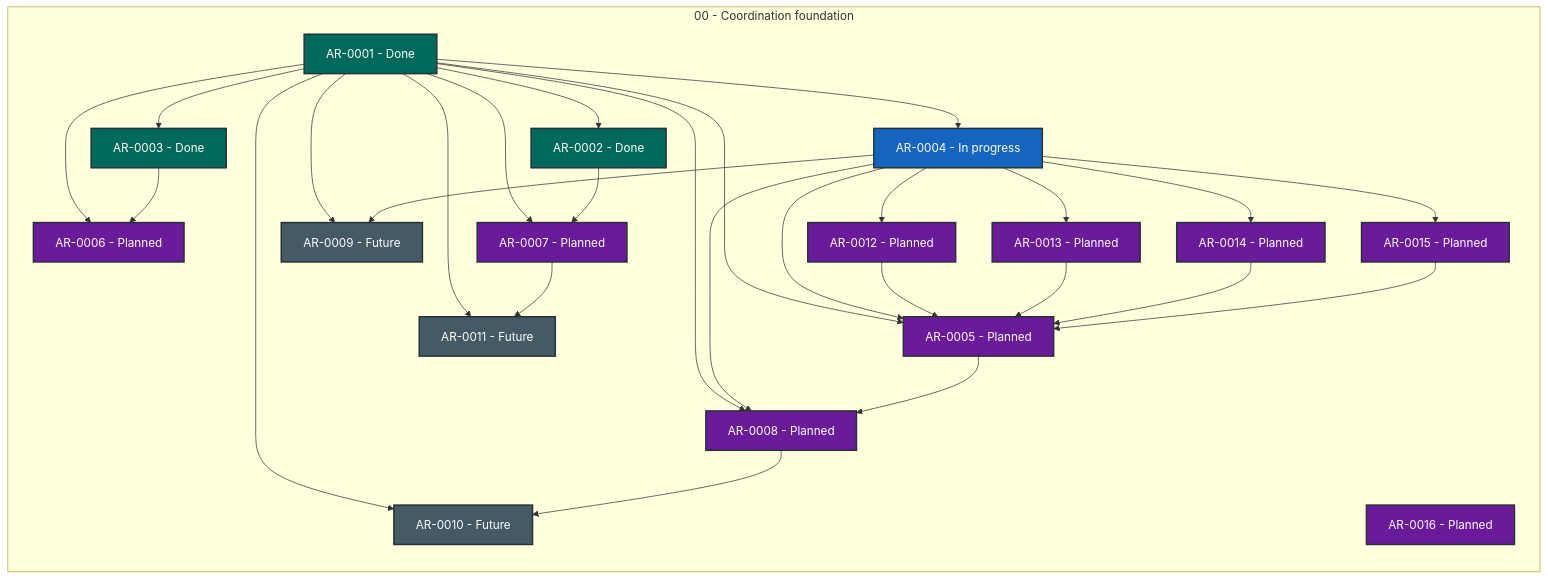
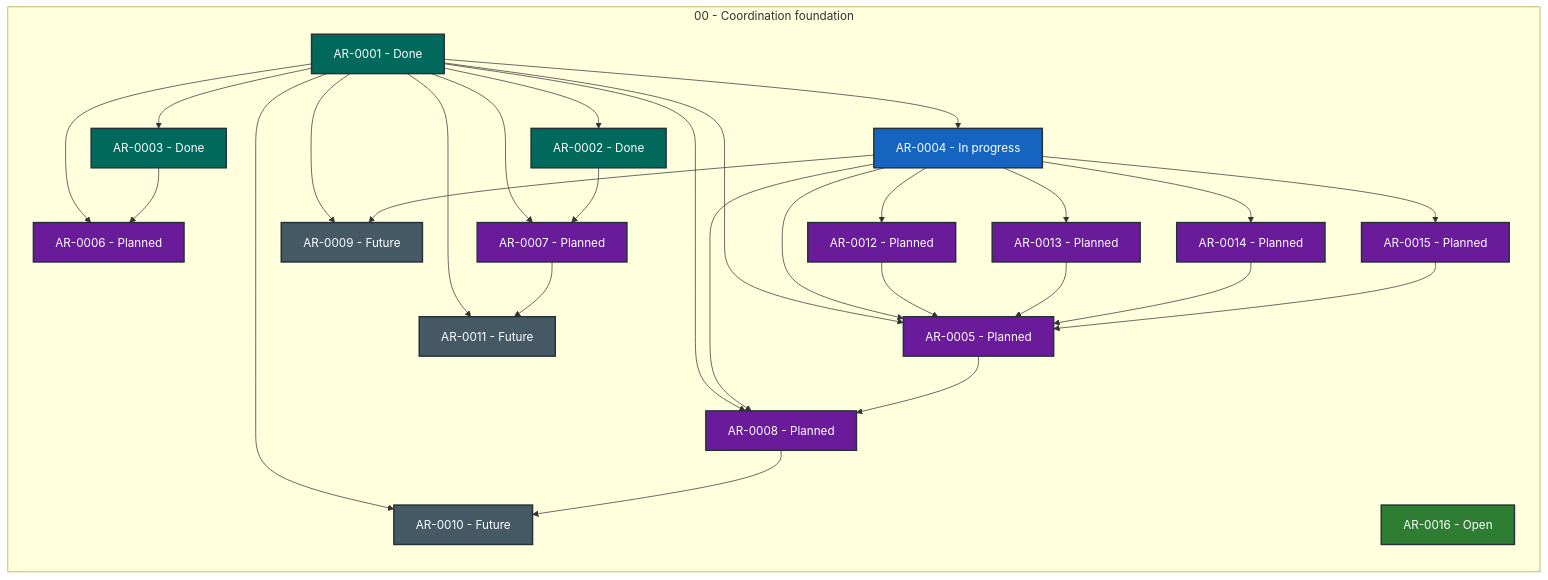
Before and after one commit to martin-beck/agent-workflow-quality-state: the diagram in STATUS.md, drawn with Mermaid. The commit also changed other lines of this file and 2 other files, not shown here.

````diff
--- a/STATUS.md
+++ b/STATUS.md
@@ -27,56 +27,56 @@
 ```mermaid
 flowchart LR
     subgraph series_00["00 - Coordination foundation"]
         direction TB
         AR_0001["AR-0001 - Done"]:::status_done
         AR_0002["AR-0002 - Done"]:::status_done
         AR_0003["AR-0003 - Done"]:::status_done
         AR_0004["AR-0004 - In progress"]:::status_in_progress
         AR_0005["AR-0005 - Planned"]:::status_planned
         AR_0006["AR-0006 - Planned"]:::status_planned
         AR_0007["AR-0007 - Planned"]:::status_planned
         AR_0008["AR-0008 - Planned"]:::status_planned
         AR_0009["AR-0009 - Future"]:::status_future
         AR_0010["AR-0010 - Future"]:::status_future
         AR_0011["AR-0011 - Future"]:::status_future
         AR_0012["AR-0012 - Planned"]:::status_planned
         AR_0013["AR-0013 - Planned"]:::status_planned
         AR_0014["AR-0014 - Planned"]:::status_planned
         AR_0015["AR-0015 - Planned"]:::status_planned
-        AR_0016["AR-0016 - Planned"]:::status_planned
+        AR_0016["AR-0016 - Open"]:::status_open
     end
     AR_0001 --> AR_0002
     AR_0001 --> AR_0003
     AR_0001 --> AR_0004
     AR_0001 --> AR_0005
     AR_0001 --> AR_0006
     AR_0001 --> AR_0007
     AR_0001 --> AR_0008
     AR_0001 --> AR_0009
     AR_0001 --> AR_0010
     AR_0001 --> AR_0011
     AR_0002 --> AR_0007
     AR_0003 --> AR_0006
     AR_0004 --> AR_0005
     AR_0004 --> AR_0008
     AR_0004 --> AR_0009
     AR_0004 --> AR_0012
     AR_0004 --> AR_0013
     AR_0004 --> AR_0014
     AR_0004 --> AR_0015
     AR_0005 --> AR_0008
     AR_0007 --> AR_0011
     AR_0008 --> AR_0010
     AR_0012 --> AR_0005
     AR_0013 --> AR_0005
     AR_0014 --> AR_0005
     AR_0015 --> AR_0005
     classDef status_in_progress fill:#1565c0,color:#ffffff,stroke:#263238,stroke-width:2px
     classDef status_open fill:#2e7d32,color:#ffffff,stroke:#263238,stroke-width:2px
     classDef status_blocked fill:#c62828,color:#ffffff,stroke:#263238,stroke-width:2px
     classDef status_planned fill:#6a1b9a,color:#ffffff,stroke:#263238,stroke-width:2px
     classDef status_future fill:#455a64,color:#ffffff,stroke:#263238,stroke-width:2px
     classDef status_done fill:#00695c,color:#ffffff,stroke:#263238,stroke-width:2px
     classDef status_cancelled fill:#616161,color:#ffffff,stroke:#263238,stroke-width:2px
     classDef status_superseded fill:#5d4037,color:#ffffff,stroke:#263238,stroke-width:2px
 ```
````
